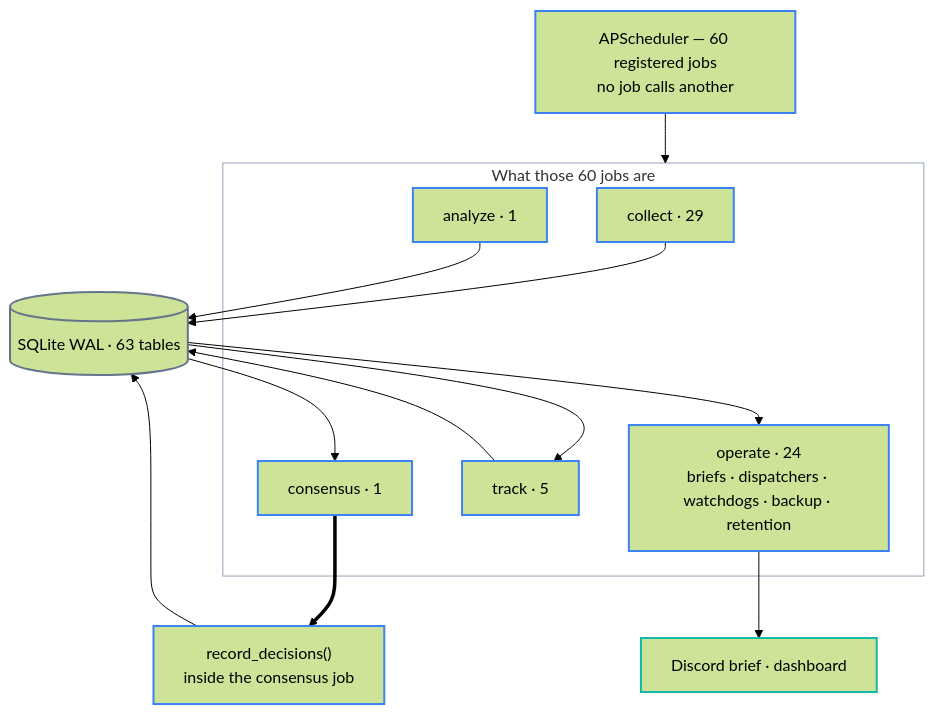
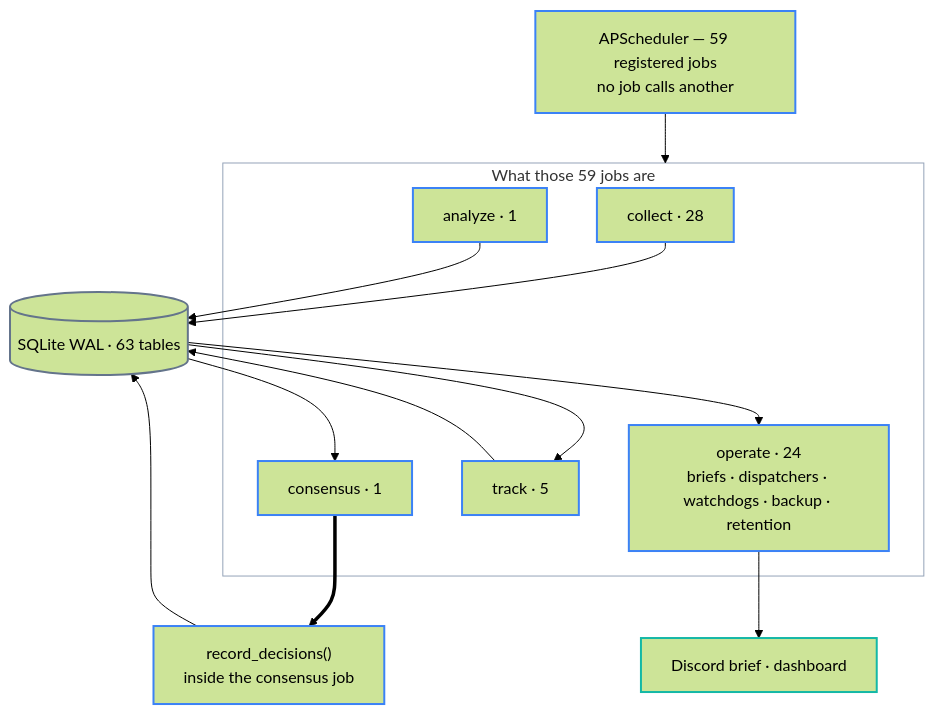
One commit to researcherhojin/nuri-quant changed the first of 3 diagrams in docs/ARCHITECTURE.md. Above: the diagram before and after it, drawn with Mermaid (forest theme). The commit also changed other lines of this file and 18 other files, not shown here.

````diff
--- a/docs/ARCHITECTURE.md
+++ b/docs/ARCHITECTURE.md
@@ -23,35 +23,35 @@
 ```mermaid
 flowchart TB
-    CLOCK["APScheduler — 60 registered jobs<br/>no job calls another"]
+    CLOCK["APScheduler — 59 registered jobs<br/>no job calls another"]
 
-    subgraph JOBS["What those 60 jobs are"]
-        JC["collect · 29"]
+    subgraph JOBS["What those 59 jobs are"]
+        JC["collect · 28"]
         JA["analyze · 1"]
         JD["consensus · 1"]
         JT["track · 5"]
         JO["operate · 24<br/>briefs · dispatchers · watchdogs · backup · retention"]
     end
 
     DB[("SQLite WAL · 63 tables")]
     RD["record_decisions()<br/>inside the consensus job"]
     OUT["Discord brief · dashboard"]
 
     CLOCK --> JOBS
     JC --> DB
     JA --> DB
     DB --> JD
     JD ==> RD
     RD --> DB
     DB --> JT
     JT --> DB
     DB --> JO --> OUT
 
     classDef step  stroke:#3b82f6,stroke-width:2px
     classDef store stroke:#64748b,stroke-width:2px
     classDef out   stroke:#14b8a6,stroke-width:2px
     classDef zone  fill:none,stroke:#94a3b8,stroke-width:1px
     class CLOCK,JC,JA,JD,JT,JO,RD step
     class DB store
     class OUT out
     class JOBS zone
 ```
````
